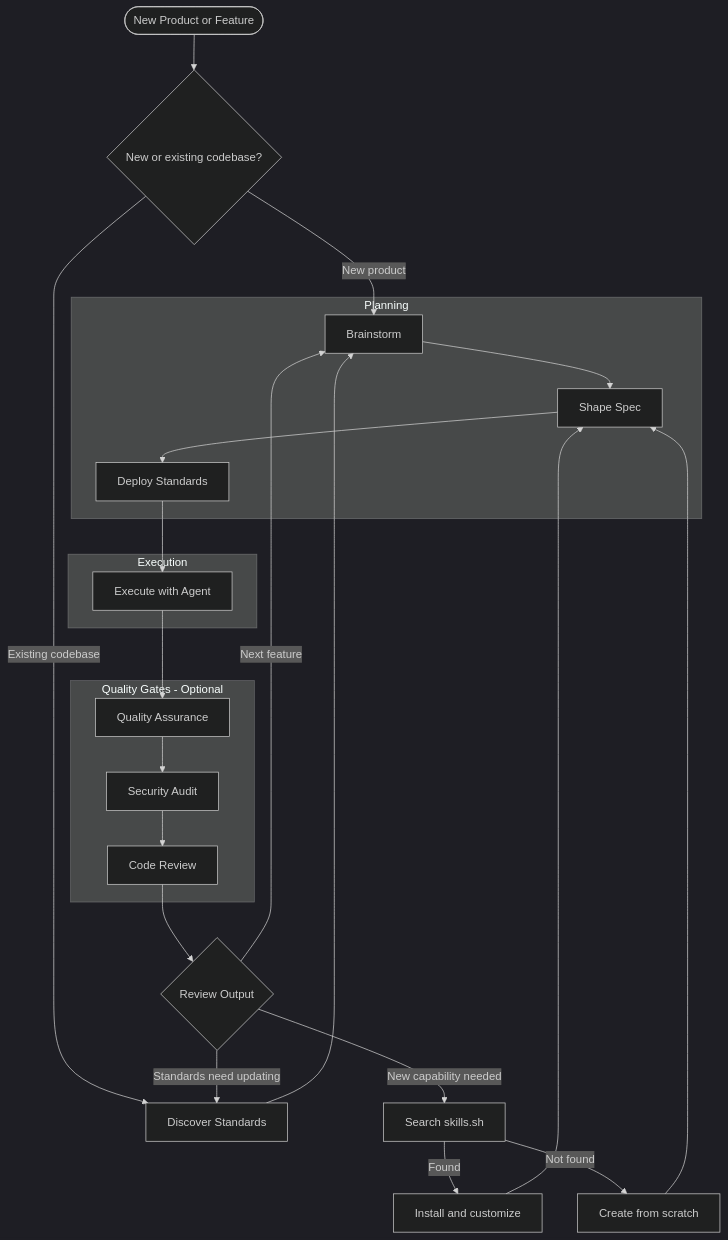
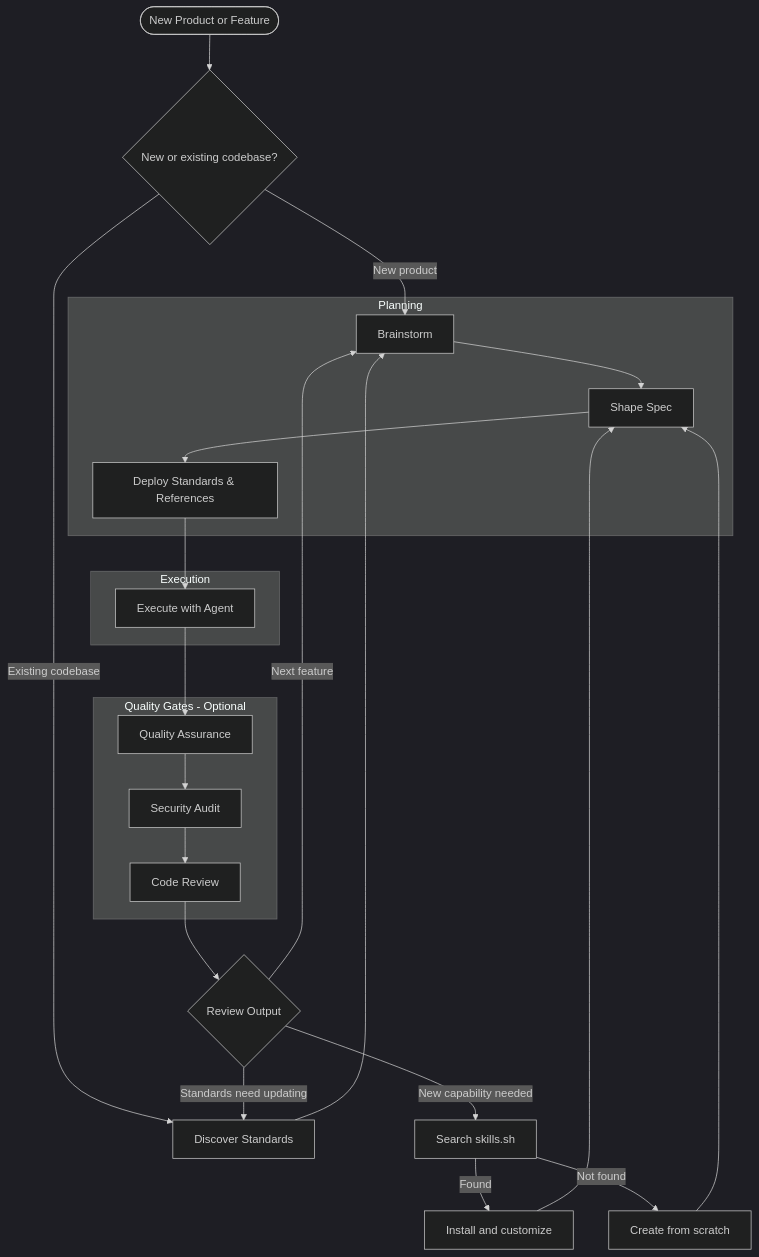
The diagram in README.md (gj1342/blueprint-os), drawn with Mermaid (dark theme) before and after one commit. The commit also changed other lines of this file and 11 other files, not shown here.

````diff
--- a/README.md
+++ b/README.md
@@ -23,31 +23,31 @@
 ```mermaid
 flowchart TD
     Start([New Product or Feature]) --> IsNew{New or existing codebase?}
     IsNew -->|New product| Brainstorm[Brainstorm]
     IsNew -->|Existing codebase| DiscoverStandards[Discover Standards]
     DiscoverStandards --> Brainstorm
 
     subgraph planning [Planning]
         Brainstorm --> ShapeSpec[Shape Spec]
-        ShapeSpec --> DeployStandards[Deploy Standards]
+        ShapeSpec --> DeployStandards[Deploy Standards & References]
     end
 
     subgraph execution [Execution]
         DeployStandards --> Execute[Execute with Agent]
     end
 
     subgraph qualityGates [Quality Gates - Optional]
         Execute --> QA[Quality Assurance]
         QA --> SEC[Security Audit]
         SEC --> REV[Code Review]
     end
 
     REV --> Review{Review Output}
     Review -->|Standards need updating| DiscoverStandards
     Review -->|Next feature| Brainstorm
     Review -->|New capability needed| SearchSkillssh[Search skills.sh]
     SearchSkillssh -->|Found| InstallSkill[Install and customize]
     SearchSkillssh -->|Not found| CreateSkill[Create from scratch]
     InstallSkill --> ShapeSpec
     CreateSkill --> ShapeSpec
 ```
````
